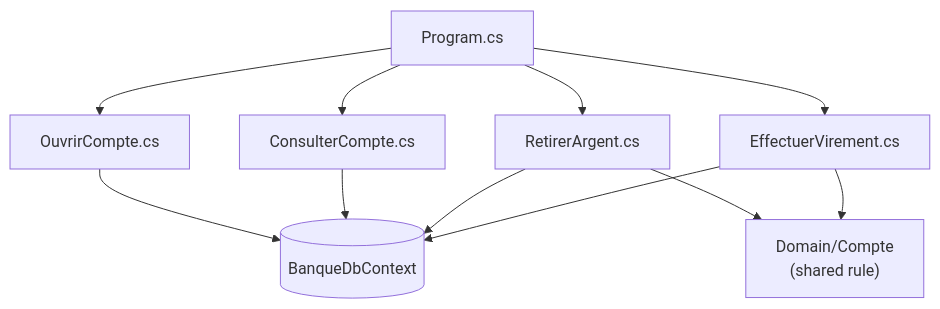
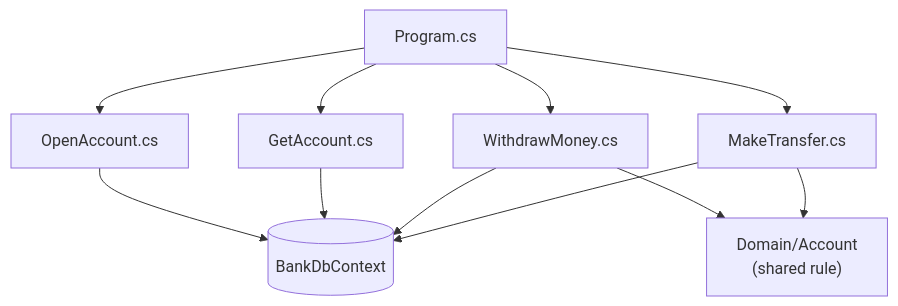
One commit to drangoht/ArchitecturesDemo changed the diagram in Docs/en/fiches/05-vertical-slice.md. Above: the diagram before and after it, drawn with Mermaid. The commit also changed 78 other files, not shown here.

First line of the commit message:
Docs EN : identifiants, liens, diagrammes et sorties alignés sur le code anglais

````diff
--- a/Docs/en/fiches/05-vertical-slice.md
+++ b/Docs/en/fiches/05-vertical-slice.md
@@ -9,6 +9,6 @@
 ```mermaid
 flowchart TB
-    P["Program.cs"] --> O["OuvrirCompte.cs"] & C["ConsulterCompte.cs"] & R["RetirerArgent.cs"] & V["EffectuerVirement.cs"]
-    R & V --> D["Domain/Compte<br/>(shared rule)"]
-    O & C & R & V --> DB[("BanqueDbContext")]
+    P["Program.cs"] --> O["OpenAccount.cs"] & C["GetAccount.cs"] & R["WithdrawMoney.cs"] & V["MakeTransfer.cs"]
+    R & V --> D["Domain/Account<br/>(shared rule)"]
+    O & C & R & V --> DB[("BankDbContext")]
 ```
````
